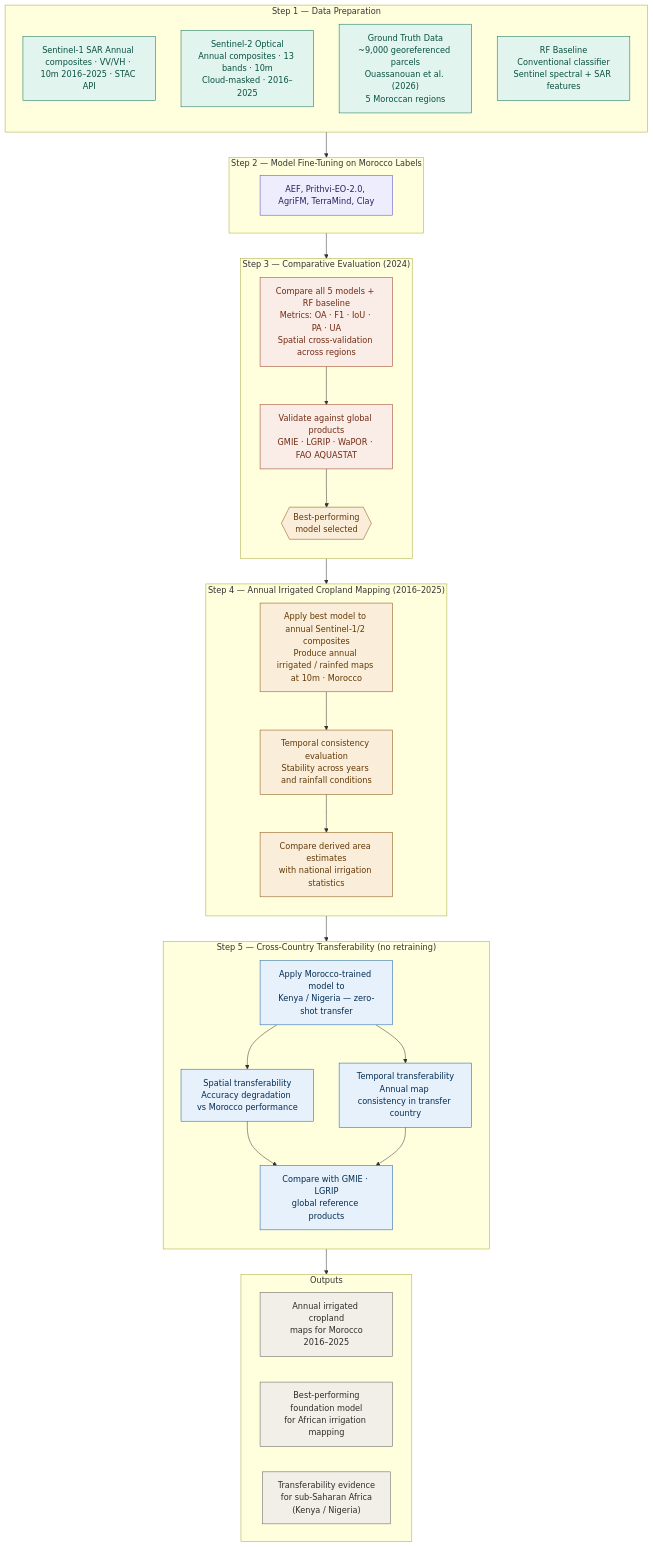
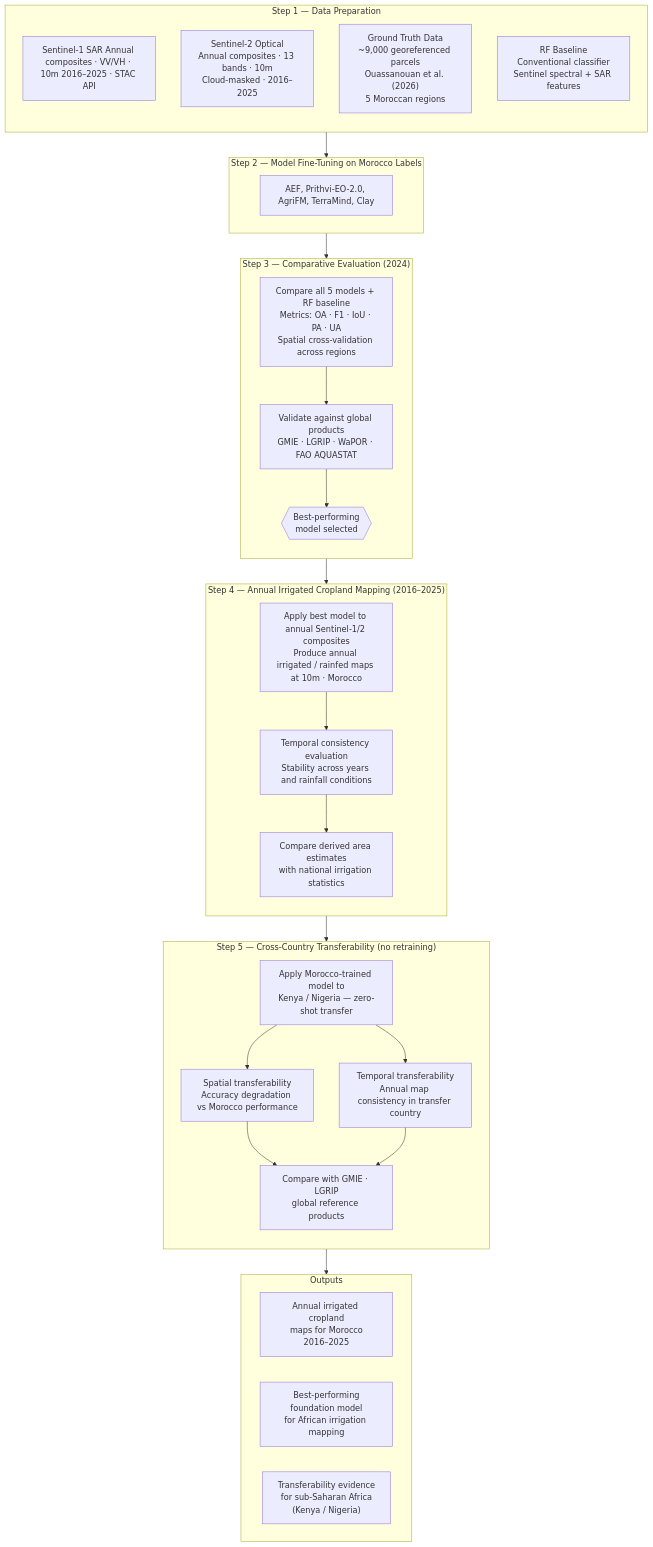
One commit to amanchry/irrimapping-geofm changed the diagram in docs/data_source/flowchat.md. Above: the diagram before and after it, drawn with Mermaid. The commit also changed 79 other files, not shown here.

````diff
--- a/docs/data_source/flowchat.md
+++ b/docs/data_source/flowchat.md
@@ -65,19 +65,4 @@
     TRF --> OUT
 
     %% ── STYLES ───────────────────────────────────────────────────────
-    classDef teal    fill:#E1F5EE,stroke:#0F6E56,color:#085041
-    classDef purple  fill:#EEEDFE,stroke:#534AB7,color:#26215C
-    classDef coral   fill:#FAECE7,stroke:#993C1D,color:#712B13
-    classDef amber   fill:#FAEEDA,stroke:#854F0B,color:#633806
-    classDef blue    fill:#E6F1FB,stroke:#185FA5,color:#042C53
-    classDef gray    fill:#F1EFE8,stroke:#5F5E5A,color:#2C2C2A
-    classDef diamond fill:#FAEEDA,stroke:#854F0B,color:#633806
-
-    class S1,S2,GT,RF teal
-    class AEF,PRF,AGF,TRM,CLY purple
-    class CMP,VAL coral
-    class BST diamond
-    class MAP,TMP,STAT amber
-    class TRFAPP,SPAT,TEMP,TREF blue
-    class O1,O2,O3 gray
 ```
````
